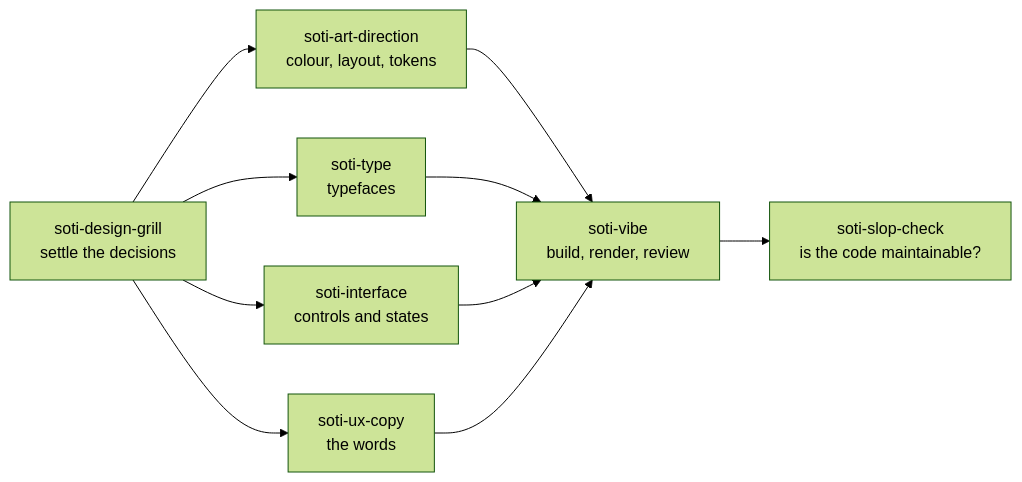
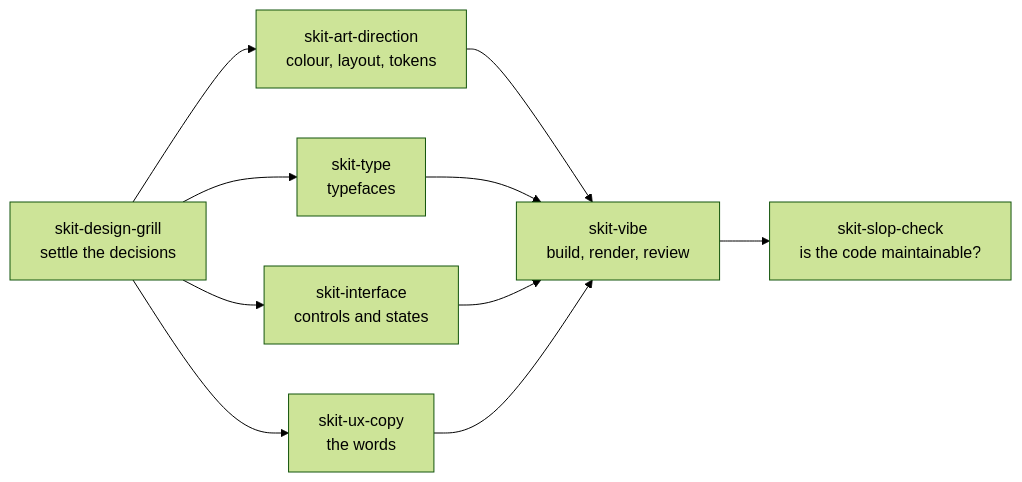
Before and after one commit to sudakshsoti/skit: the diagram in README.md, drawn with Mermaid (forest theme). The commit also changed other lines of this file and 58 other files, not shown here.

````diff
--- a/README.md
+++ b/README.md
@@ -36,12 +40,12 @@
 ```mermaid
 flowchart LR
-    G[soti-design-grill<br/>settle the decisions] --> A[soti-art-direction<br/>colour, layout, tokens]
-    G --> T[soti-type<br/>typefaces]
-    G --> I[soti-interface<br/>controls and states]
-    G --> C[soti-ux-copy<br/>the words]
-    A --> V[soti-vibe<br/>build, render, review]
+    G[skit-design-grill<br/>settle the decisions] --> A[skit-art-direction<br/>colour, layout, tokens]
+    G --> T[skit-type<br/>typefaces]
+    G --> I[skit-interface<br/>controls and states]
+    G --> C[skit-ux-copy<br/>the words]
+    A --> V[skit-vibe<br/>build, render, review]
     T --> V
     I --> V
     C --> V
-    V --> S[soti-slop-check<br/>is the code maintainable?]
+    V --> S[skit-slop-check<br/>is the code maintainable?]
 ```
````
